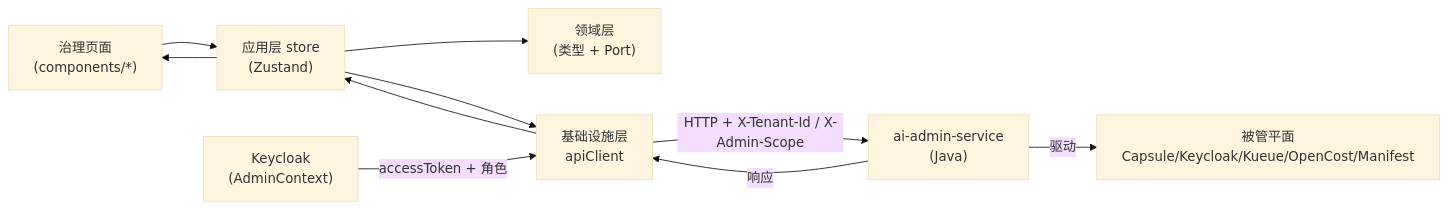
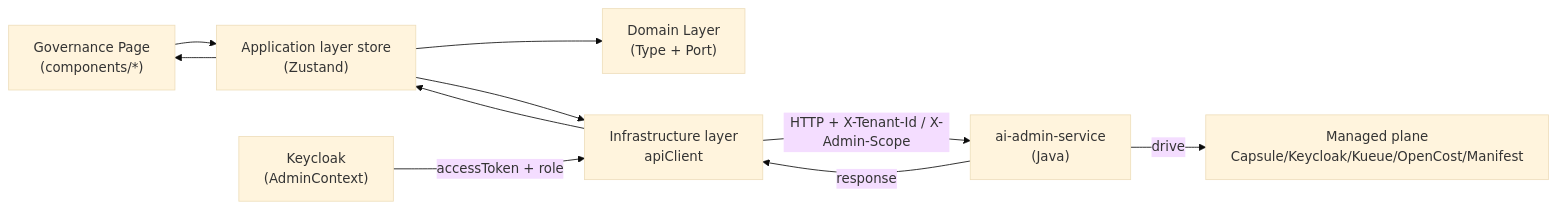
Before and after one commit to open-strata-ai/ai-admin-frontend: the first of 3 diagrams in design/DESIGN.md, drawn with Mermaid (base theme). The commit also changed other lines of this file and 10 other files, not shown here.

````diff
--- a/design/DESIGN.md
+++ b/design/DESIGN.md
@@ -71,10 +71,10 @@
 ```mermaid
 flowchart LR
-    UI["治理页面<br/>(components/*)"] --> ST["应用层 store<br/>(Zustand)"]
-    ST --> DOM["领域层<br/>(类型 + Port)"]
-    ST --> INF["基础设施层<br/>apiClient"]
+    UI["Governance Page<br/>(components/*)"] --> ST["Application layer store<br/>(Zustand)"]
+    ST --> DOM["Domain Layer<br/>(Type + Port)"]
+    ST --> INF["Infrastructure layer<br/>apiClient"]
     INF -->|"HTTP + X-Tenant-Id / X-Admin-Scope"| SVC["ai-admin-service<br/>(Java)"]
-    SVC -->|"驱动"| PLANE["被管平面<br/>Capsule/Keycloak/Kueue/OpenCost/Manifest"]
-    SVC -->|"响应"| INF --> ST --> UI
-    KC["Keycloak<br/>(AdminContext)"] -->|"accessToken + 角色"| INF
+    SVC -->|"drive"| PLANE["Managed plane<br/>Capsule/Keycloak/Kueue/OpenCost/Manifest"]
+    SVC -->|"response"| INF --> ST --> UI
+    KC["Keycloak<br/>(AdminContext)"] -->|"accessToken + role"| INF
 ```
````
